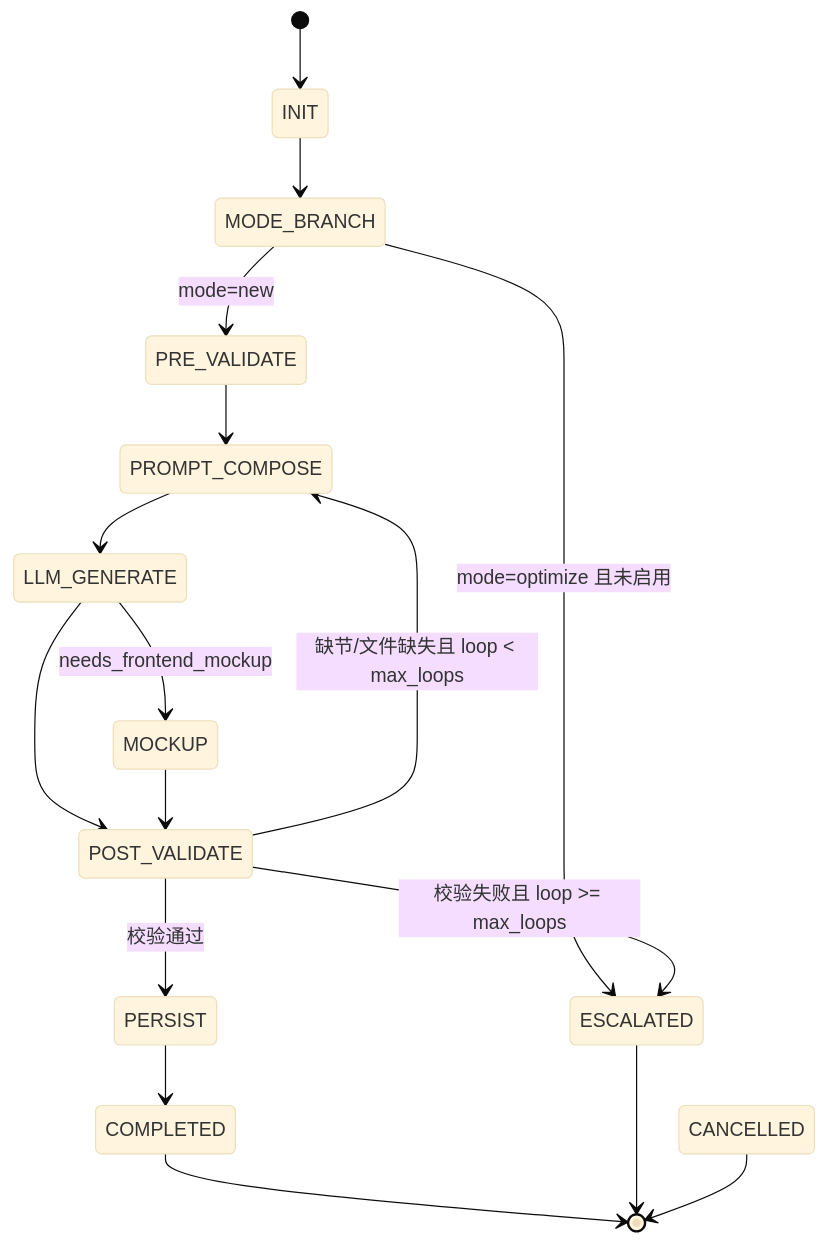
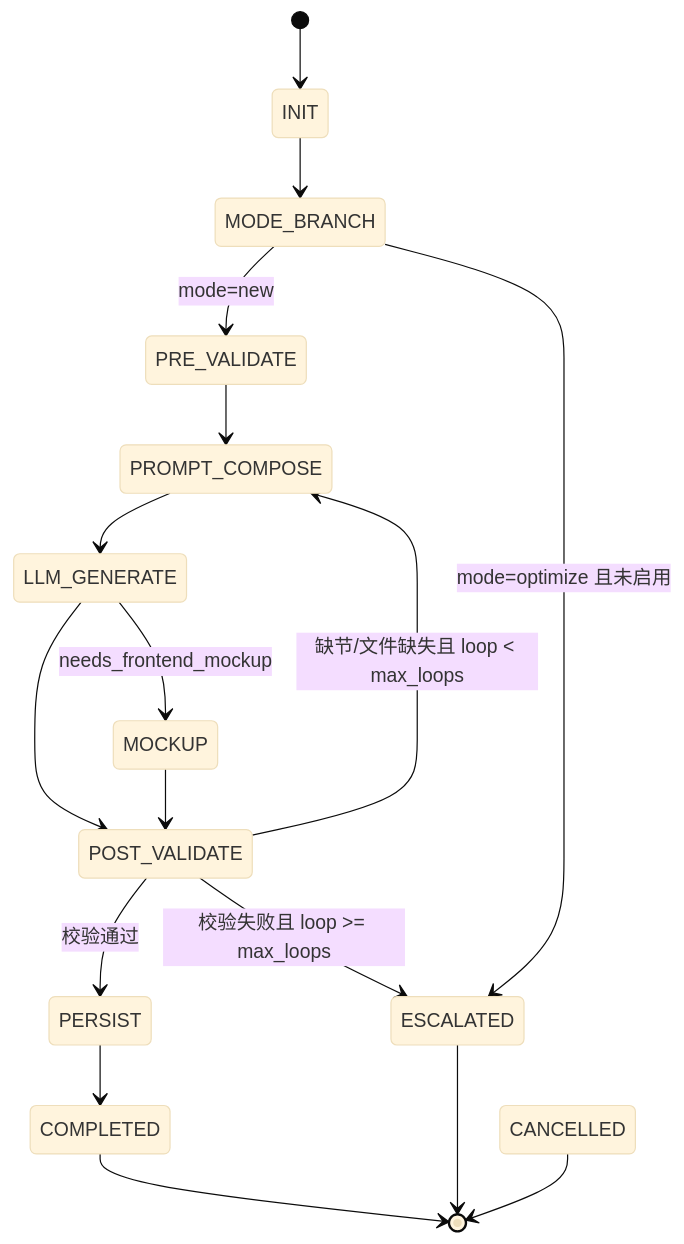
The fifth of 6 diagrams in README.md (vaxtomis/cooagents), drawn with Mermaid (base theme) before and after one commit. The commit also changed other lines of this file, not shown here.

````diff
--- a/README.md
+++ b/README.md
@@ -263,19 +263,19 @@
 ```mermaid
 stateDiagram-v2
   [*] --> INIT
   INIT --> MODE_BRANCH
-  MODE_BRANCH --> PRE_VALIDATE: mode=new
-  MODE_BRANCH --> ESCALATED: mode=optimize 且未启用
   PRE_VALIDATE --> PROMPT_COMPOSE
   PROMPT_COMPOSE --> LLM_GENERATE
   LLM_GENERATE --> MOCKUP: needs_frontend_mockup
   LLM_GENERATE --> POST_VALIDATE
   MOCKUP --> POST_VALIDATE
   POST_VALIDATE --> PROMPT_COMPOSE: 缺节/文件缺失且 loop < max_loops
   POST_VALIDATE --> ESCALATED: 校验失败且 loop >= max_loops
   POST_VALIDATE --> PERSIST: 校验通过
+  MODE_BRANCH --> PRE_VALIDATE: mode=new
+  MODE_BRANCH --> ESCALATED: mode=optimize 且未启用
   PERSIST --> COMPLETED
   COMPLETED --> [*]
   ESCALATED --> [*]
   CANCELLED --> [*]
 ```
````
